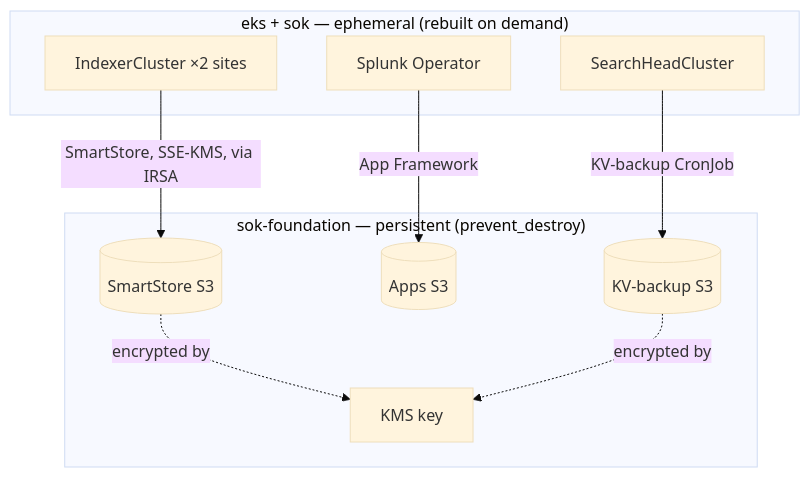
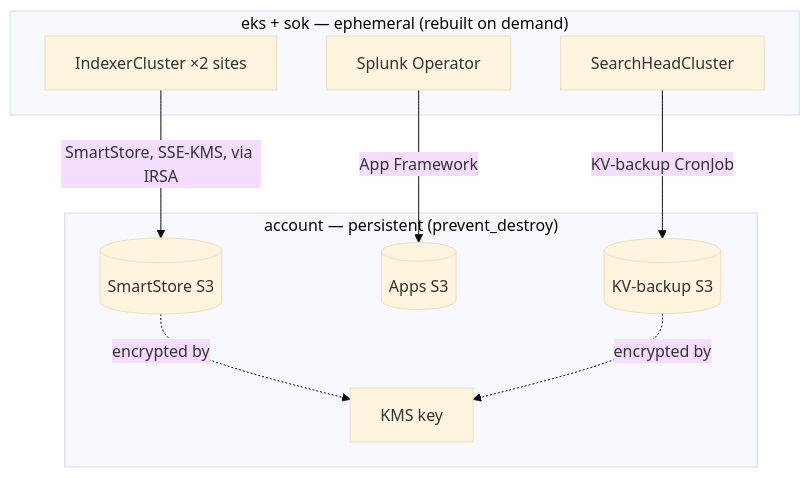
One commit to livehybrid/aws-splunk-deployment changed the second of 3 diagrams in docs/kubernetes-sok-overview.md. Above: the diagram before and after it, drawn with Mermaid (base theme). The commit also changed other lines of this file and 13 other files, not shown here.

````diff
--- a/docs/kubernetes-sok-overview.md
+++ b/docs/kubernetes-sok-overview.md
@@ -68,19 +65,19 @@
 ```mermaid
 flowchart TB
     subgraph eph ["eks + sok — ephemeral (rebuilt on demand)"]
         op["Splunk Operator"]
         idx["IndexerCluster ×2 sites"]
         shc["SearchHeadCluster"]
     end
-    subgraph persist ["sok-foundation — persistent (prevent_destroy)"]
+    subgraph persist ["account — persistent (prevent_destroy)"]
         s3s[("SmartStore S3")]
         s3a[("Apps S3")]
         s3k[("KV-backup S3")]
         kms["KMS key"]
     end
     idx -->|"SmartStore, SSE-KMS, via IRSA"| s3s
     op -->|"App Framework"| s3a
     shc -->|"KV-backup CronJob"| s3k
     s3s -. "encrypted by" .-> kms
     s3k -. "encrypted by" .-> kms
 ```
````
